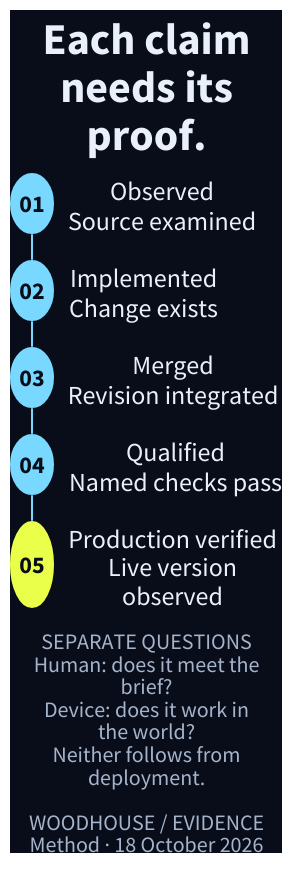
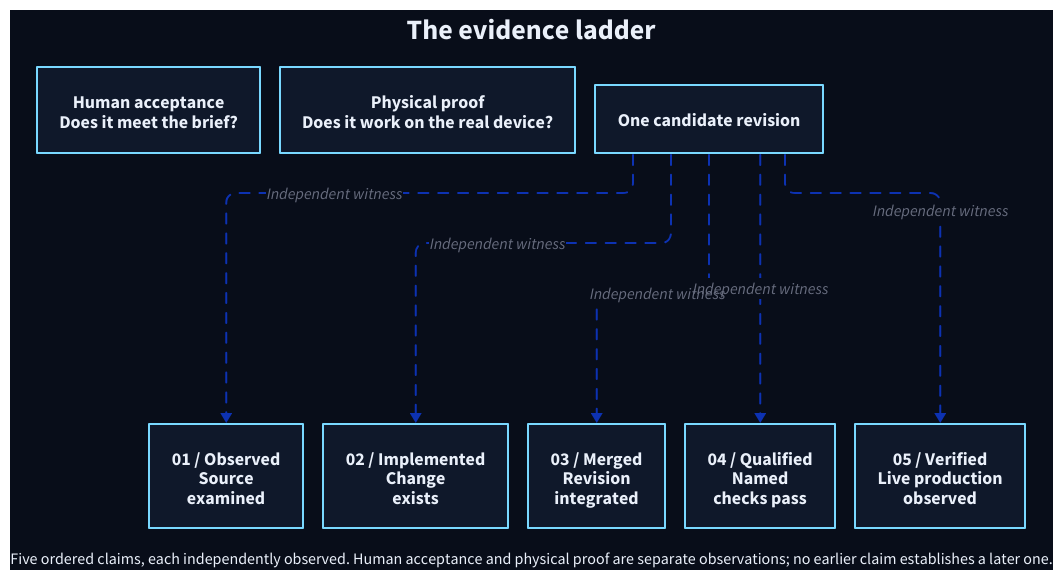
One commit to loftwah/woodhouse-new changed the diagram in diagrams/evidence-ladder-mobile.d2. Above: the diagram before and after it, drawn with D2. The commit also changed 203 other files, not shown here.

Commit message:
Replace rejected exports with illustrated technical plates

```diff
--- a/diagrams/evidence-ladder-mobile.d2
+++ b/diagrams/evidence-ladder-mobile.d2
@@ -1,135 +1,25 @@
-# Woodhouse authored technical plate. Reviewed 18 October 2026.
-# Shape grammar: text = work; circle = responsibility; diamond = decision;
-# labelled stop = evidence boundary; dashed line = return or conditional path.
-# This is a method/relationship, not a claim that every project passed it.
+# Editable Woodhouse system model. Reviewed 18 October 2026.
+# Published illustration and this editable topology are separate artifacts.
+# Retained image master, exact prompts and paired provenance: scripts/assets/technical-plates/evidence-ladder-mobile.*
 vars: {d2-config: {layout-engine: elk; theme-id: 0; pad: 16}}
+direction: down
 style.fill: "#080D19"
-direction: down
-grid-rows: 5
-grid-columns: 2
-horizontal-gap: 16
-vertical-gap: 28
-
-plate_title: "Each claim\nneeds its\nproof." {
-  shape: text
-  style.font-color: "#EAF0FA"
-  style.font-size: 44
-  style.fill: "transparent"
-  style.stroke: "#EAF0FA"
-  style.stroke-width: 0
-  style.bold: true
-}
-plate_title.near: top-center
-r0: "01" {
-  label.near: center-center
-  shape: circle
-  style.font-color: "#080D19"
-  style.font-size: 24
-  style.fill: "#79D8FF"
-  style.stroke: "#79D8FF"
-  style.stroke-width: 2
-  width: 42
-  height: 42
-  style.bold: true
-}
-t0: "Observed\nSource examined" {
-  shape: text
-  style.font-color: "#EAF0FA"
-  style.font-size: 26
-  style.fill: "transparent"
-  style.stroke: "#EAF0FA"
-  style.stroke-width: 0
-}
-r1: "02" {
-  label.near: center-center
-  shape: circle
-  style.font-color: "#080D19"
-  style.font-size: 24
-  style.fill: "#79D8FF"
-  style.stroke: "#79D8FF"
-  style.stroke-width: 2
-  width: 42
-  height: 42
-  style.bold: true
-}
-t1: "Implemented\nChange exists" {
-  shape: text
-  style.font-color: "#EAF0FA"
-  style.font-size: 26
-  style.fill: "transparent"
-  style.stroke: "#EAF0FA"
-  style.stroke-width: 0
-}
-r2: "03" {
-  label.near: center-center
-  shape: circle
-  style.font-color: "#080D19"
-  style.font-size: 24
-  style.fill: "#79D8FF"
-  style.stroke: "#79D8FF"
-  style.stroke-width: 2
-  width: 42
-  height: 42
-  style.bold: true
-}
-t2: "Merged\nRevision integrated" {
-  shape: text
-  style.font-color: "#EAF0FA"
-  style.font-size: 26
-  style.fill: "transparent"
-  style.stroke: "#EAF0FA"
-  style.stroke-width: 0
-}
-r3: "04" {
-  label.near: center-center
-  shape: circle
-  style.font-color: "#080D19"
-  style.font-size: 24
-  style.fill: "#79D8FF"
-  style.stroke: "#79D8FF"
-  style.stroke-width: 2
-  width: 42
-  height: 42
-  style.bold: true
-}
-t3: "Qualified\nNamed checks pass" {
-  shape: text
-  style.font-color: "#EAF0FA"
-  style.font-size: 26
-  style.fill: "transparent"
-  style.stroke: "#EAF0FA"
-  style.stroke-width: 0
-}
-r4: "05" {
-  label.near: center-center
-  shape: circle
-  style.font-color: "#080D19"
-  style.font-size: 24
-  style.fill: "#E9FF49"
-  style.stroke: "#E9FF49"
-  style.stroke-width: 2
-  width: 42
-  height: 42
-  style.bold: true
-}
-t4: "Production verified\nLive version\nobserved" {
-  shape: text
-  style.font-color: "#EAF0FA"
-  style.font-size: 26
-  style.fill: "transparent"
-  style.stroke: "#EAF0FA"
-  style.stroke-width: 0
-}
-r0 -> r1: "" {style.stroke: "#79D8FF"; style.stroke-width: 2; style.font-color: "#79D8FF"; style.font-size: 22; target-arrowhead.shape: none;}
-r1 -> r2: "" {style.stroke: "#79D8FF"; style.stroke-width: 2; style.font-color: "#79D8FF"; style.font-size: 22; target-arrowhead.shape: none;}
-r2 -> r3: "" {style.stroke: "#79D8FF"; style.stroke-width: 2; style.font-color: "#79D8FF"; style.font-size: 22; target-arrowhead.shape: none;}
-r3 -> r4: "" {style.stroke: "#79D8FF"; style.stroke-width: 2; style.font-color: "#79D8FF"; style.font-size: 22; target-arrowhead.shape: none;}
-plate_note: "SEPARATE QUESTIONS\nHuman: does it meet the\nbrief?\nDevice: does it work in\nthe world?\nNeither follows from\ndeployment.\n\nWOODHOUSE / EVIDENCE\nMethod · 18 October 2026" {
-  shape: text
-  style.font-color: "#A6B4CB"
-  style.font-size: 22
-  style.fill: "transparent"
-  style.stroke: "#A6B4CB"
-  style.stroke-width: 0
-}
-plate_note.near: bottom-center
+*.style.fill: "#0F182A"
+*.style.stroke: "#79D8FF"
+*.style.font-color: "#EAF0FA"
+*.style.font-size: 18
+title: "The evidence ladder" {shape: text; near: top-center; style.font-size: 28; style.bold: true}
+a: "01 / Observed\nSource\nexamined" {}
+b: "02 / Implemented\nChange\nexists" {}
+c: "03 / Merged\nRevision\nintegrated" {}
+d: "04 / Qualified\nNamed\nchecks pass" {}
+e: "05 / Verified\nLive production\nobserved" {}
+accept: "Human acceptance\nDoes it meet the brief?" {}
+physical: "Physical proof\nDoes it work on the real device?" {}
+candidate: "One candidate revision" {}
+candidate -> a: "Independent witness" {style.stroke-dash: 5}
+candidate -> b: "Independent witness" {style.stroke-dash: 5}
+candidate -> c: "Independent witness" {style.stroke-dash: 5}
+candidate -> d: "Independent witness" {style.stroke-dash: 5}
+candidate -> e: "Independent witness" {style.stroke-dash: 5}
+note: "Five ordered claims, each independently observed. Human acceptance and physical proof are separate observations; no earlier claim establishes a later one." {shape: text; near: bottom-center; style.font-size: 16}
```
